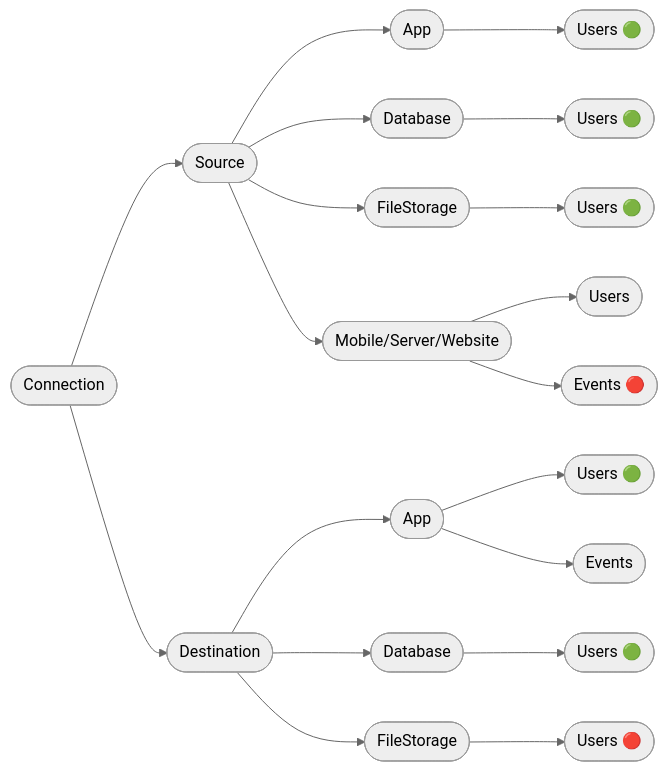
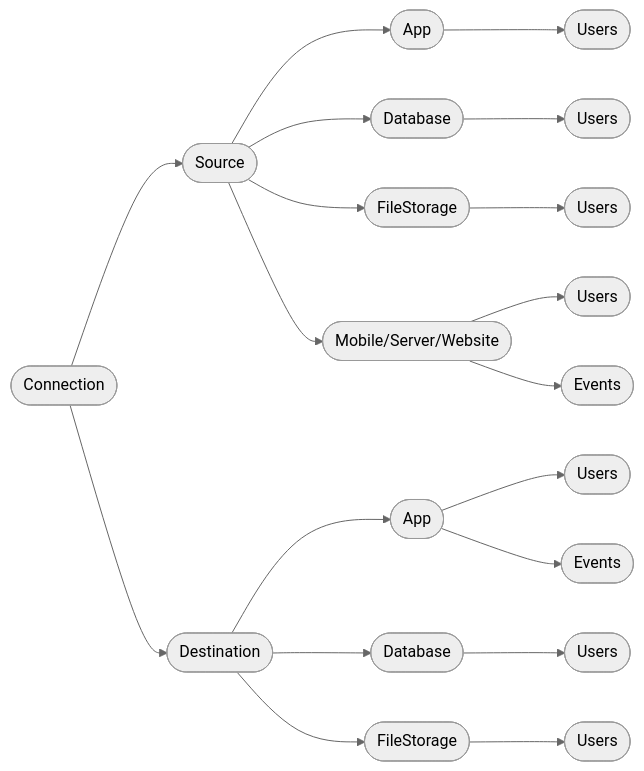
The diagram in apis/Actions.md (krenalis/krenalis), drawn with Mermaid before and after one commit. The commit also changed other lines of this file and 1 other file, not shown here.

````diff
--- a/apis/Actions.md
+++ b/apis/Actions.md
@@ -43,24 +7,24 @@
 ```mermaid
 %%{init: {'theme':'neutral'}}%%
 graph LR
 
 	conn([Connection]) --> source([Source])
 	conn --> dest([Destination])
 	
-	source --> source_app(["App"]) --> source_app_users(["Users 🟢"])
-	source --> source_db(["Database"]) --> source_db_users(["Users 🟢"])
-	source --> source_fileStorage(["FileStorage"]) --> source_fileStorage_users(["Users 🟢"])
+	source --> source_app(["App"]) --> source_app_users(["Users"])
+	source --> source_db(["Database"]) --> source_db_users(["Users"])
+	source --> source_fileStorage(["FileStorage"]) --> source_fileStorage_users(["Users"])
 	source --> source_events_based([Mobile/Server/Website])
 	
 	source_events_based --> source_events_based_users(["Users"])
-	source_events_based --> source_events_based_events(["Events 🔴"])
+	source_events_based --> source_events_based_events(["Events"])
 	
 	dest --> dest_app([App])
-	dest --> dest_db(["Database"]) --> dest_db_users(["Users 🟢"])
-	dest --> dest_fileStorage(["FileStorage"]) --> dest_fileStorage_users(["Users 🔴"])
+	dest --> dest_db(["Database"]) --> dest_db_users(["Users"])
+	dest --> dest_fileStorage(["FileStorage"]) --> dest_fileStorage_users(["Users"])
 	
-	dest_app --> dest_app_users(["Users 🟢"])
+	dest_app --> dest_app_users(["Users"])
 	dest_app --> dest_app_events([Events])
 	
 
 ```
````
